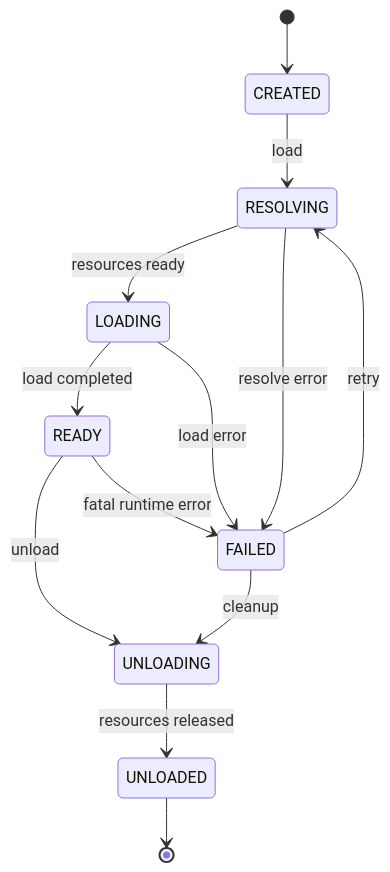
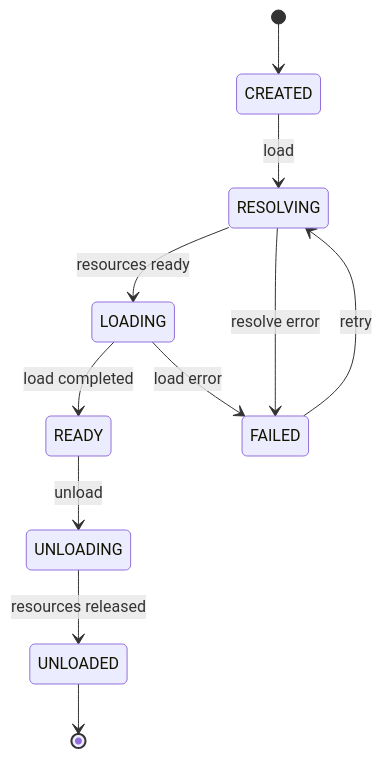
The fourth of 4 diagrams in doc/02-model-sdk.md (devilyouwei/hugging-mac), drawn with Mermaid before and after one commit. The commit also changed other lines of this file and 103 other files, not shown here.

````diff
--- a/doc/02-model-sdk.md
+++ b/doc/02-model-sdk.md
@@ -400,15 +456,13 @@
 ```mermaid
 stateDiagram-v2
     [*] --> CREATED
     CREATED --> RESOLVING: load
     RESOLVING --> LOADING: resources ready
     LOADING --> READY: load completed
     READY --> UNLOADING: unload
     UNLOADING --> UNLOADED: resources released
     RESOLVING --> FAILED: resolve error
     LOADING --> FAILED: load error
-    READY --> FAILED: fatal runtime error
-    FAILED --> UNLOADING: cleanup
     FAILED --> RESOLVING: retry
     UNLOADED --> [*]
 ```
````
